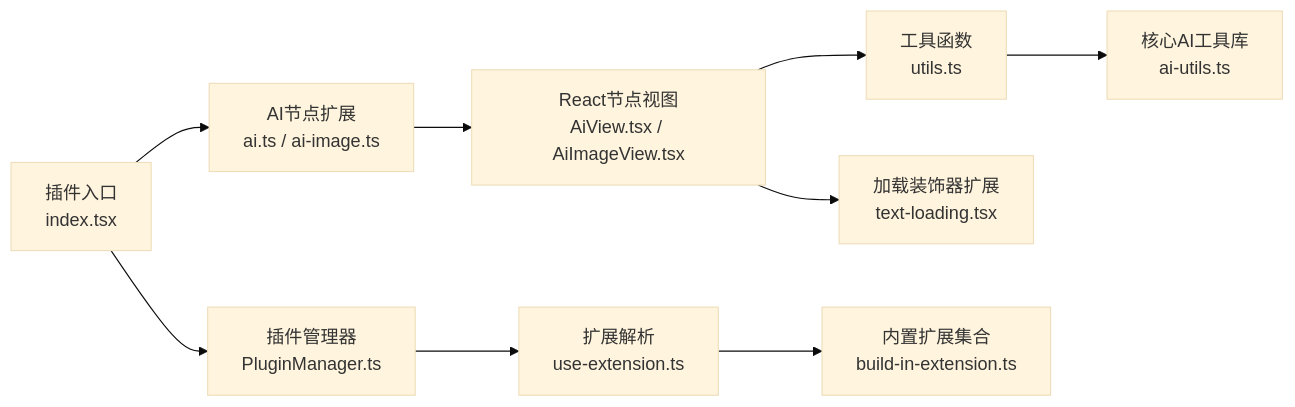
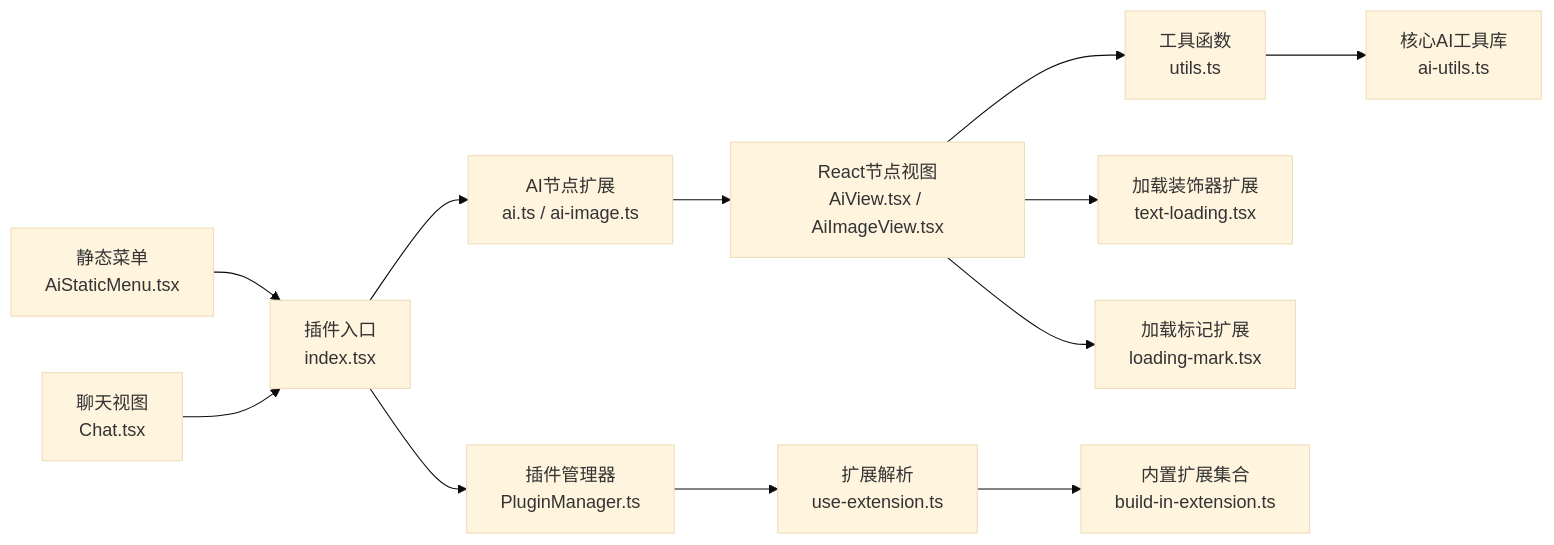
The fifth of 5 diagrams in .qoder/repowiki/zh/content/功能模块/AI插件/AI插件.md (LRF0422/Kotion), drawn with Mermaid (base theme) before and after one commit. The commit also changed other lines of this file and 45 other files, not shown here.

````diff
--- a/.qoder/repowiki/zh/content/功能模块/AI插件/AI插件.md
+++ b/.qoder/repowiki/zh/content/功能模块/AI插件/AI插件.md
@@ -327,11 +376,14 @@
 ```mermaid
 graph LR
 A["插件入口<br/>index.tsx"] --> B["AI节点扩展<br/>ai.ts / ai-image.ts"]
 B --> C["React节点视图<br/>AiView.tsx / AiImageView.tsx"]
 C --> D["工具函数<br/>utils.ts"]
 D --> E["核心AI工具库<br/>ai-utils.ts"]
 C --> F["加载装饰器扩展<br/>text-loading.tsx"]
-A --> G["插件管理器<br/>PluginManager.ts"]
-G --> H["扩展解析<br/>use-extension.ts"]
-H --> I["内置扩展集合<br/>build-in-extension.ts"]
+C --> G["加载标记扩展<br/>loading-mark.tsx"]
+A --> H["插件管理器<br/>PluginManager.ts"]
+H --> I["扩展解析<br/>use-extension.ts"]
+I --> J["内置扩展集合<br/>build-in-extension.ts"]
+K["静态菜单<br/>AiStaticMenu.tsx"] --> A
+L["聊天视图<br/>Chat.tsx"] --> A
 ```
````
